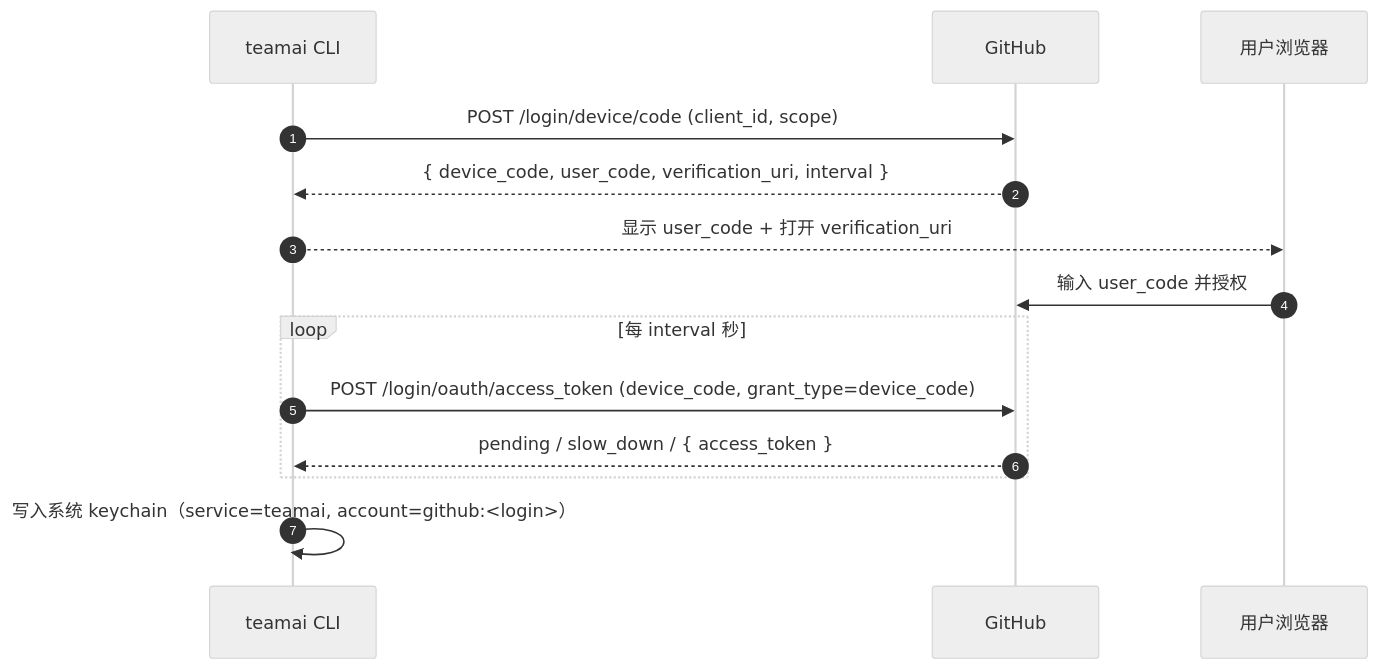
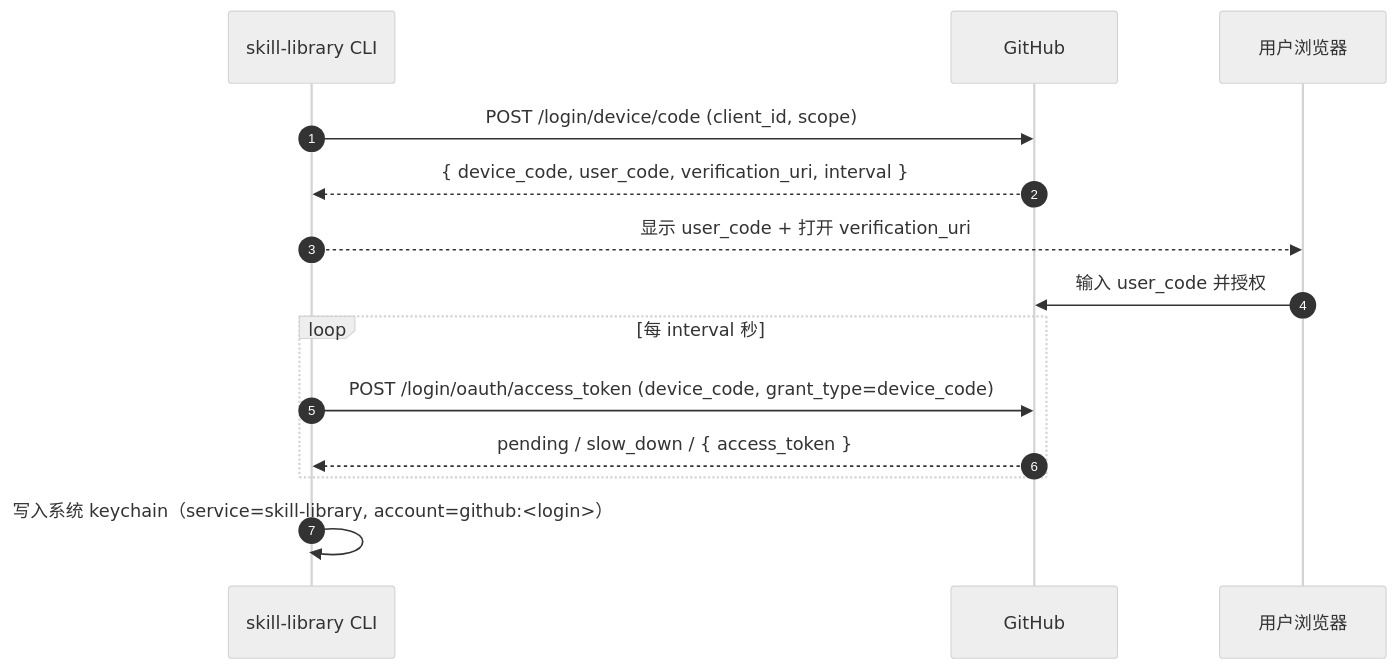
The second of 2 diagrams in docs/PROVIDER_SPIKE.md (emojiiii/skill-library), drawn with Mermaid (neutral theme) before and after one commit. The commit also changed other lines of this file and 148 other files, not shown here.

First line of the commit message:
refactor: rename Team AI Hub to Skill Library across documentation and scripts

````diff
--- a/docs/PROVIDER_SPIKE.md
+++ b/docs/PROVIDER_SPIKE.md
@@ -200,16 +200,16 @@
 ```mermaid
 sequenceDiagram
     autonumber
-    participant CLI as teamai CLI
+    participant CLI as skill-library CLI
     participant GH as GitHub
     participant U as 用户浏览器
     CLI->>GH: POST /login/device/code (client_id, scope)
     GH-->>CLI: { device_code, user_code, verification_uri, interval }
     CLI-->>U: 显示 user_code + 打开 verification_uri
     U->>GH: 输入 user_code 并授权
     loop 每 interval 秒
         CLI->>GH: POST /login/oauth/access_token (device_code, grant_type=device_code)
         GH-->>CLI: pending / slow_down / { access_token }
     end
-    CLI->>CLI: 写入系统 keychain（service=teamai, account=github:<login>）
+    CLI->>CLI: 写入系统 keychain（service=skill-library, account=github:<login>）
 ```
````
